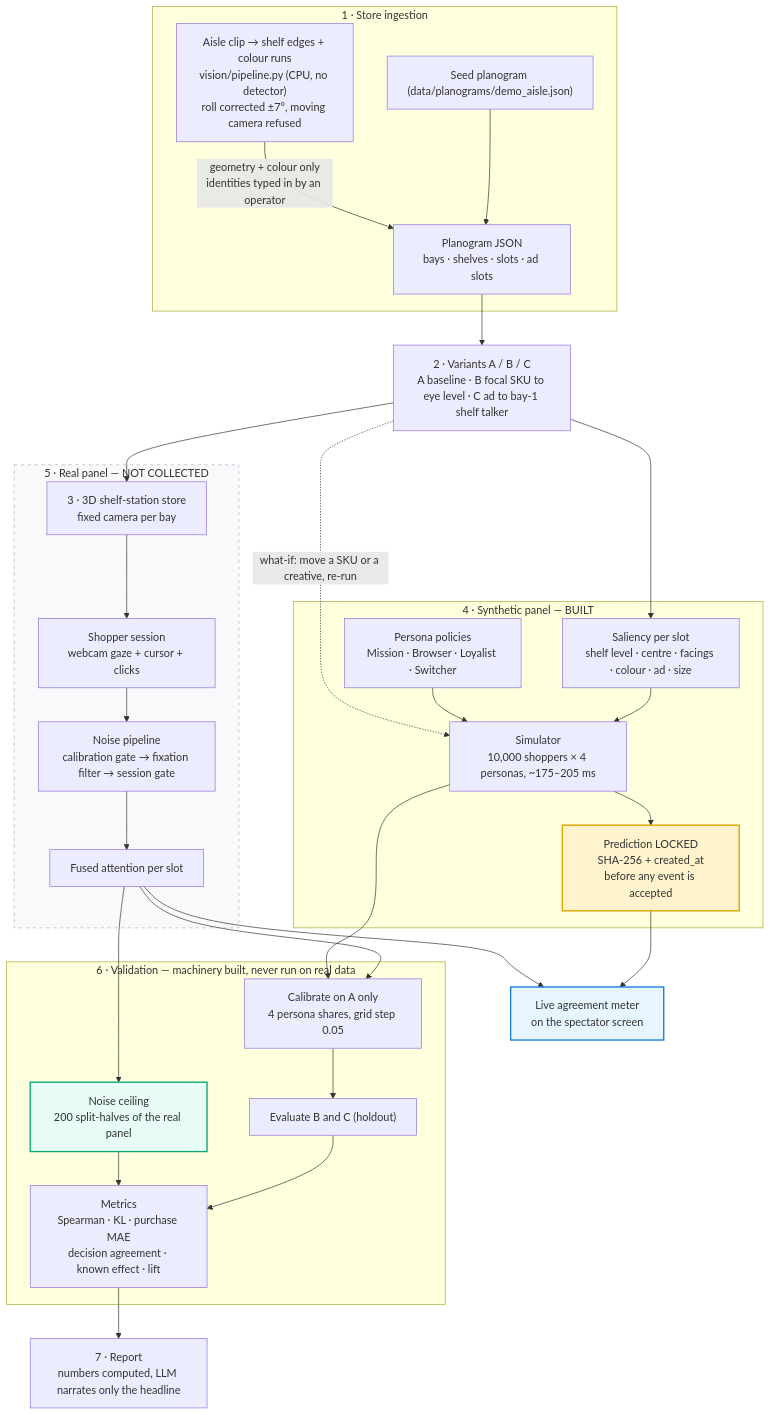
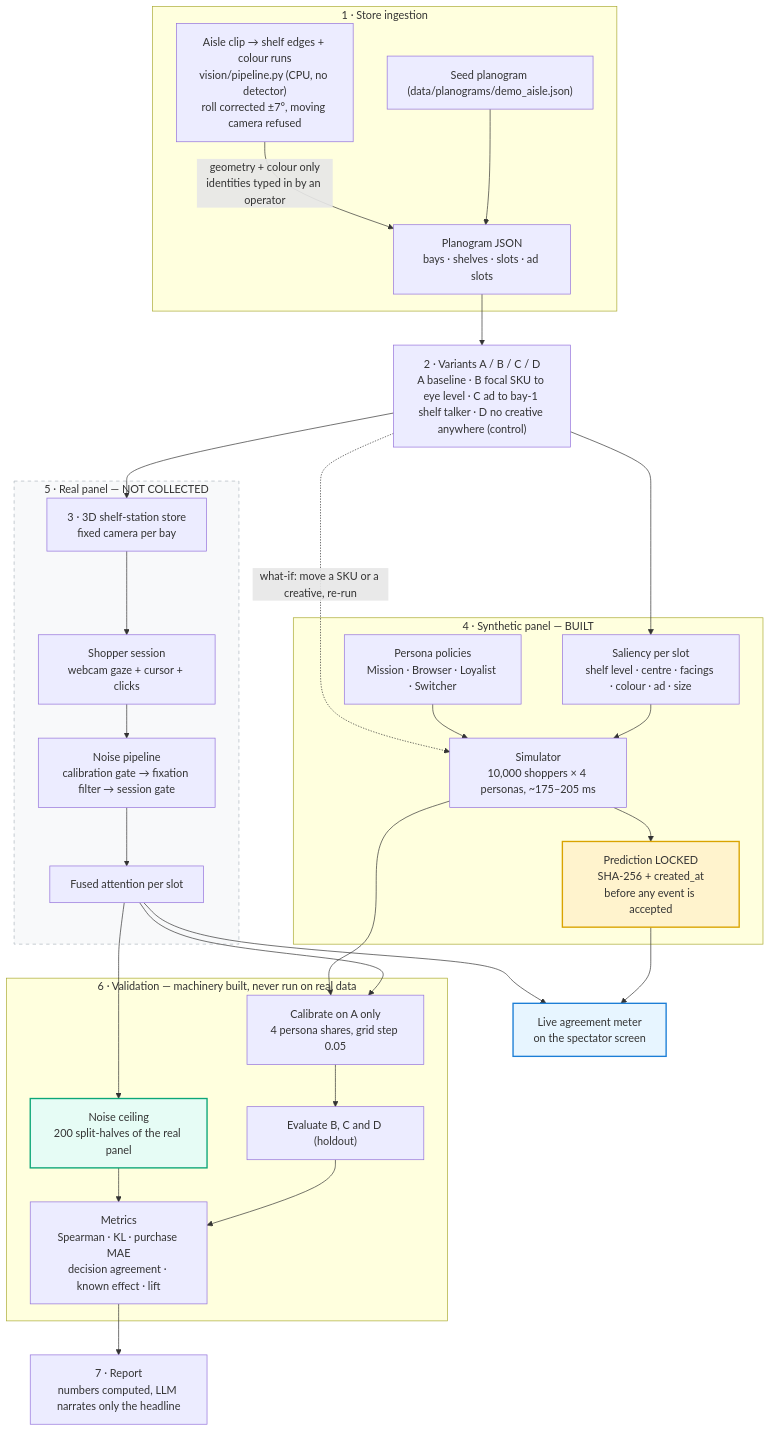
The diagram in README.md (vinothcoderofficial-ai/ai-persona-panel), drawn with Mermaid before and after one commit. The commit also changed other lines of this file and 21 other files, not shown here.

````diff
--- a/README.md
+++ b/README.md
@@ -60,47 +67,47 @@
 ```mermaid
 flowchart TD
     subgraph IN["1 · Store ingestion"]
         MAN["Seed planogram (data/planograms/demo_aisle.json)"]
         DET["Aisle clip → shelf edges + colour runs<br/>vision/pipeline.py (CPU, no detector)<br/>roll corrected ±7°, moving camera refused"]
         MAN --> PG["Planogram JSON<br/>bays · shelves · slots · ad slots"]
         DET -- "geometry + colour only<br/>identities typed in by an operator" --> PG
     end
 
-    PG --> VAR["2 · Variants A / B / C<br/>A baseline · B focal SKU to eye level · C ad to bay-1 shelf talker"]
+    PG --> VAR["2 · Variants A / B / C / D<br/>A baseline · B focal SKU to eye level · C ad to bay-1 shelf talker · D no creative anywhere (control)"]
 
     VAR --> STORE["3 · 3D shelf-station store<br/>fixed camera per bay"]
     VAR --> SAL["Saliency per slot<br/>shelf level · centre · facings · colour · ad · size"]
 
     subgraph SYN["4 · Synthetic panel — BUILT"]
         POL["Persona policies<br/>Mission · Browser · Loyalist · Switcher"]
         SAL --> SIM["Simulator<br/>10,000 shoppers × 4 personas, ~175–205 ms"]
         POL --> SIM
         SIM --> LOCK["Prediction LOCKED<br/>SHA-256 + created_at<br/>before any event is accepted"]
     end
 
     subgraph REAL["5 · Real panel — NOT COLLECTED"]
         STORE --> SESS["Shopper session<br/>webcam gaze + cursor + clicks"]
         SESS --> NOISE["Noise pipeline<br/>calibration gate → fixation filter → session gate"]
         NOISE --> FUSE["Fused attention per slot"]
     end
 
     LOCK --> LIVE["Live agreement meter<br/>on the spectator screen"]
     FUSE --> LIVE
 
     subgraph VAL["6 · Validation — machinery built, never run on real data"]
         FUSE --> CAL["Calibrate on A only<br/>4 persona shares, grid step 0.05"]
         SIM --> CAL
-        CAL --> HOLD["Evaluate B and C (holdout)"]
+        CAL --> HOLD["Evaluate B, C and D (holdout)"]
         FUSE --> NC["Noise ceiling<br/>200 split-halves of the real panel"]
         HOLD --> MET["Metrics<br/>Spearman · KL · purchase MAE<br/>decision agreement · known effect · lift"]
         NC --> MET
     end
 
     MET --> REP["7 · Report<br/>numbers computed, LLM narrates only the headline"]
     VAR -. "what-if: move a SKU or a creative, re-run" .-> SIM
 
     style LOCK fill:#fff3cd,stroke:#d9a300,stroke-width:2px
     style LIVE fill:#e7f5ff,stroke:#1c7ed6,stroke-width:2px
     style NC fill:#e6fcf5,stroke:#0ca678,stroke-width:2px
     style REAL fill:#f8f9fa,stroke:#adb5bd,stroke-dasharray: 5 5
 ```
````
